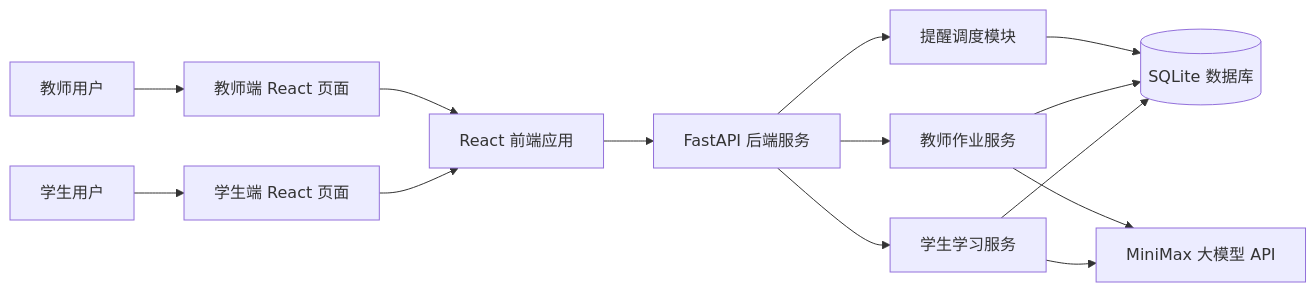
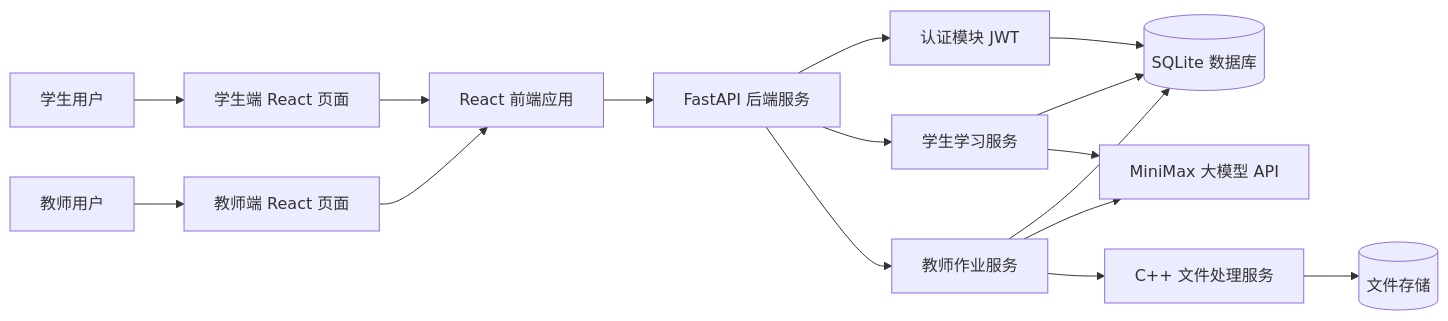
One commit to fengyan1214/zhixue-companion changed the first of 7 diagrams in docs/architecture.md. Above: the diagram before and after it, drawn with Mermaid. The commit also changed other lines of this file and 3 other files, not shown here.

````diff
--- a/docs/architecture.md
+++ b/docs/architecture.md
@@ -29,16 +35,18 @@
 ```mermaid
 flowchart LR
     Student[学生用户] --> StudentUI[学生端 React 页面]
     Teacher[教师用户] --> TeacherUI[教师端 React 页面]
     StudentUI --> React[React 前端应用]
     TeacherUI --> React
     React --> API[FastAPI 后端服务]
+    API --> Auth[认证模块 JWT]
     API --> StudentService[学生学习服务]
     API --> TeacherService[教师作业服务]
     StudentService --> DB[(SQLite 数据库)]
     TeacherService --> DB
+    Auth --> DB
     StudentService --> MiniMax[MiniMax 大模型 API]
     TeacherService --> MiniMax
-    API --> Scheduler[提醒调度模块]
-    Scheduler --> DB
+    TeacherService --> FileProcessor[C++ 文件处理服务]
+    FileProcessor --> Storage[(文件存储)]
 ```
````
